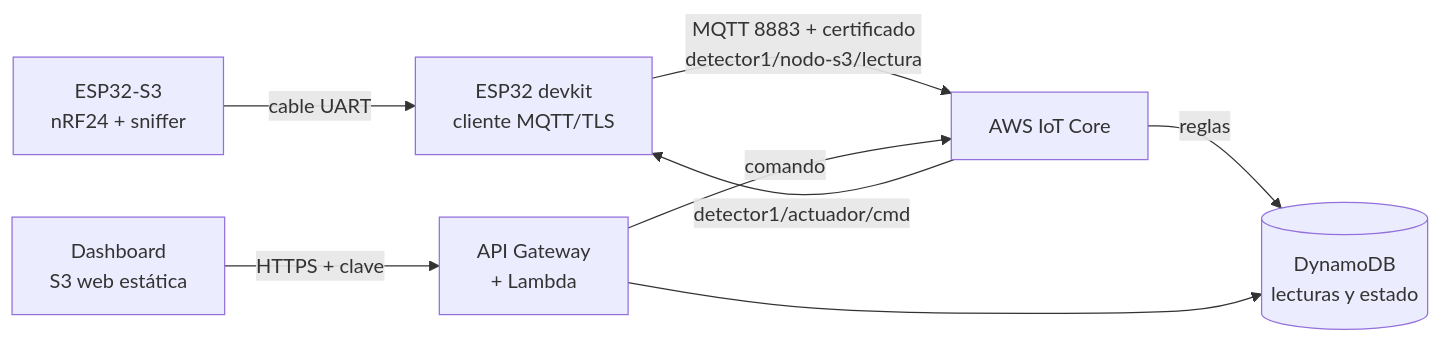
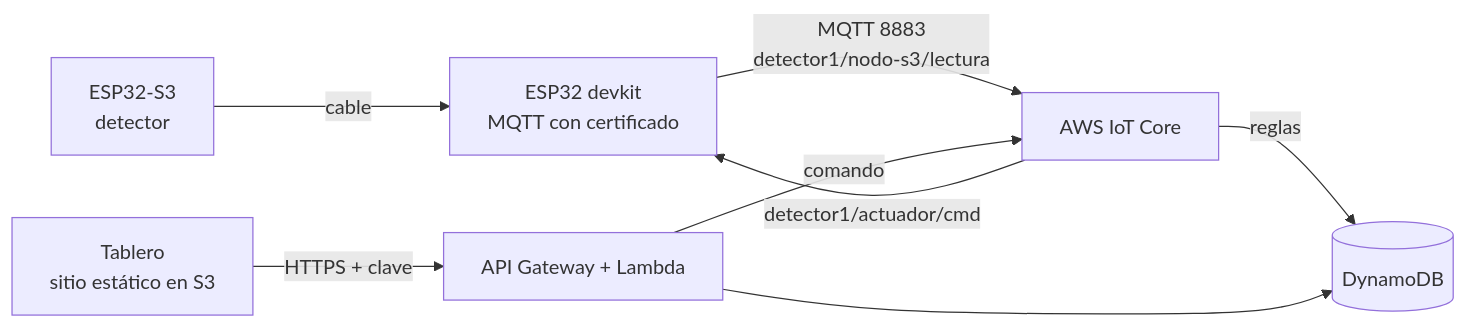
One commit to JCMelendezT/IAoT changed the diagram in practica-3/README.md. Above: the diagram before and after it, drawn with Mermaid. The commit also changed other lines of this file and 110 other files, not shown here.

````diff
--- a/practica-3/README.md
+++ b/practica-3/README.md
@@ -7,10 +5,10 @@
 ```mermaid
 flowchart LR
-    s3["ESP32-S3<br/>nRF24 + sniffer"] -- "cable UART" --> dk["ESP32 devkit<br/>cliente MQTT/TLS"]
-    dk -- "MQTT 8883 + certificado<br/>detector1/nodo-s3/lectura" --> iot["AWS IoT Core"]
-    iot -- "reglas" --> ddb[("DynamoDB<br/>lecturas y estado")]
-    web["Dashboard<br/>S3 web estática"] -- "HTTPS + clave" --> api["API Gateway<br/>+ Lambda"]
+    s3["ESP32-S3<br/>detector"] -- "cable" --> dk["ESP32 devkit<br/>MQTT con certificado"]
+    dk -- "MQTT 8883<br/>detector1/nodo-s3/lectura" --> iot["AWS IoT Core"]
+    iot -- "reglas" --> ddb[("DynamoDB")]
+    web["Tablero<br/>sitio estático en S3"] -- "HTTPS + clave" --> api["API Gateway + Lambda"]
     api --> ddb
     api -- "comando" --> iot
     iot -- "detector1/actuador/cmd" --> dk
 ```
````
